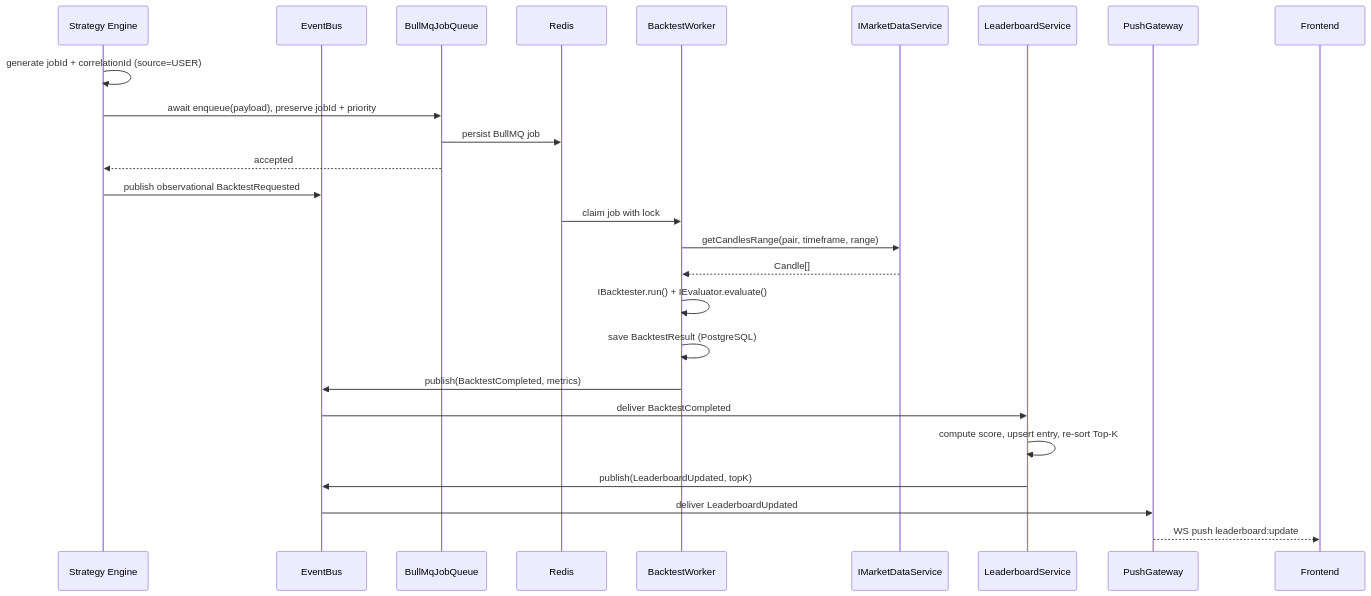
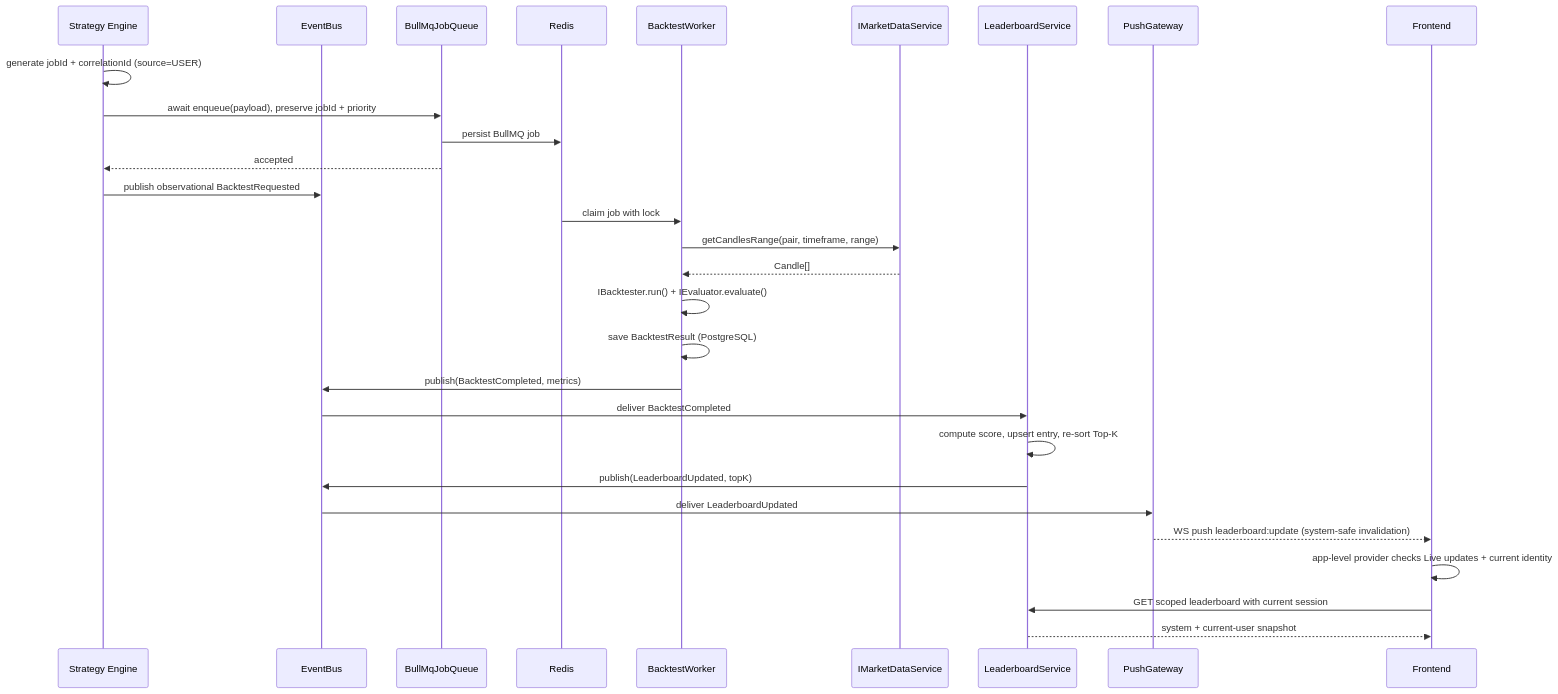
Before and after one commit to Hoang105205/Crypto-Strategy-Lab: the second of 4 diagrams in kb/modules/event-infrastructure.md, drawn with Mermaid. The commit also changed other lines of this file and 9 other files, not shown here.

Commit message:
docs: kb for per user leaderboard route live

````diff
--- a/kb/modules/event-infrastructure.md
+++ b/kb/modules/event-infrastructure.md
@@ -181,29 +189,32 @@
 ```mermaid
 sequenceDiagram
     participant SE as Strategy Engine
     participant EB as EventBus
     participant JQ as BullMqJobQueue
     participant R as Redis
     participant W as BacktestWorker
     participant MD as IMarketDataService
     participant LB as LeaderboardService
     participant WS as PushGateway
     participant FE as Frontend
 
     SE->>SE: generate jobId + correlationId (source=USER)
     SE->>JQ: await enqueue(payload), preserve jobId + priority
     JQ->>R: persist BullMQ job
     JQ-->>SE: accepted
     SE->>EB: publish observational BacktestRequested
     R->>W: claim job with lock
     W->>MD: getCandlesRange(pair, timeframe, range)
     MD-->>W: Candle[]
     W->>W: IBacktester.run() + IEvaluator.evaluate()
     W->>W: save BacktestResult (PostgreSQL)
     W->>EB: publish(BacktestCompleted, metrics)
     EB->>LB: deliver BacktestCompleted
     LB->>LB: compute score, upsert entry, re-sort Top-K
     LB->>EB: publish(LeaderboardUpdated, topK)
     EB->>WS: deliver LeaderboardUpdated
-    WS-->>FE: WS push leaderboard:update
+    WS-->>FE: WS push leaderboard:update (system-safe invalidation)
+    FE->>FE: app-level provider checks Live updates + current identity
+    FE->>LB: GET scoped leaderboard with current session
+    LB-->>FE: system + current-user snapshot
 ```
````
